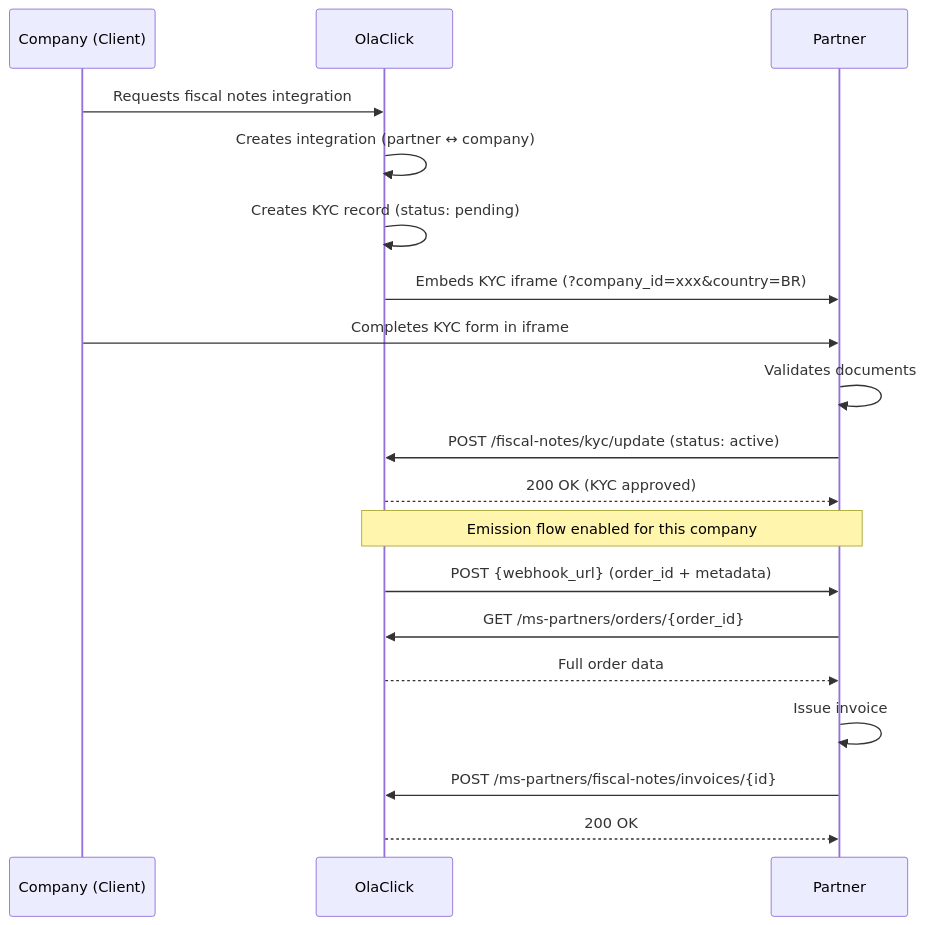
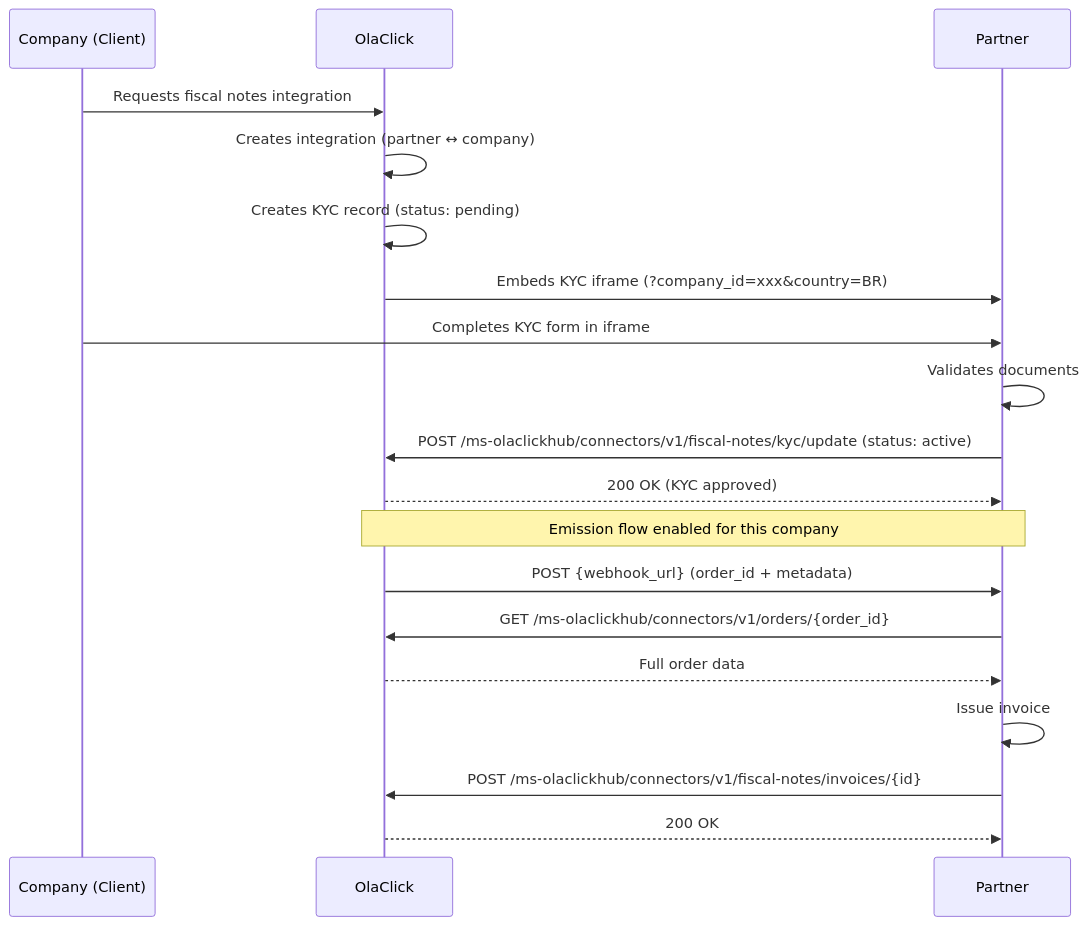
Before and after one commit to estefanno18/olaclick-partners-landing-page: the diagram in docs/modules/fiscal-notes/onboarding.md, drawn with Mermaid. The commit also changed other lines of this file and 11 other files, not shown here.

Commit message:
docs: align olaclickhub connectors v1 routes in portal docs

````diff
--- a/docs/modules/fiscal-notes/onboarding.md
+++ b/docs/modules/fiscal-notes/onboarding.md
@@ -12,28 +12,28 @@
 ```mermaid
 sequenceDiagram
     participant Company as Company (Client)
     participant OlaClick as OlaClick
     participant Partner as Partner
 
     Company->>OlaClick: Requests fiscal notes integration
     OlaClick->>OlaClick: Creates integration (partner ↔ company)
     OlaClick->>OlaClick: Creates KYC record (status: pending)
 
     OlaClick->>Partner: Embeds KYC iframe (?company_id=xxx&country=BR)
     Company->>Partner: Completes KYC form in iframe
     Partner->>Partner: Validates documents
 
-    Partner->>OlaClick: POST /fiscal-notes/kyc/update (status: active)
+    Partner->>OlaClick: POST /ms-olaclickhub/connectors/v1/fiscal-notes/kyc/update (status: active)
     OlaClick-->>Partner: 200 OK (KYC approved)
 
     Note over Partner,OlaClick: Emission flow enabled for this company
 
     OlaClick->>Partner: POST {webhook_url} (order_id + metadata)
-    Partner->>OlaClick: GET /ms-partners/orders/{order_id}
+    Partner->>OlaClick: GET /ms-olaclickhub/connectors/v1/orders/{order_id}
     OlaClick-->>Partner: Full order data
 
     Partner->>Partner: Issue invoice
 
-    Partner->>OlaClick: POST /ms-partners/fiscal-notes/invoices/{id}
+    Partner->>OlaClick: POST /ms-olaclickhub/connectors/v1/fiscal-notes/invoices/{id}
     OlaClick-->>Partner: 200 OK
 ```
````
